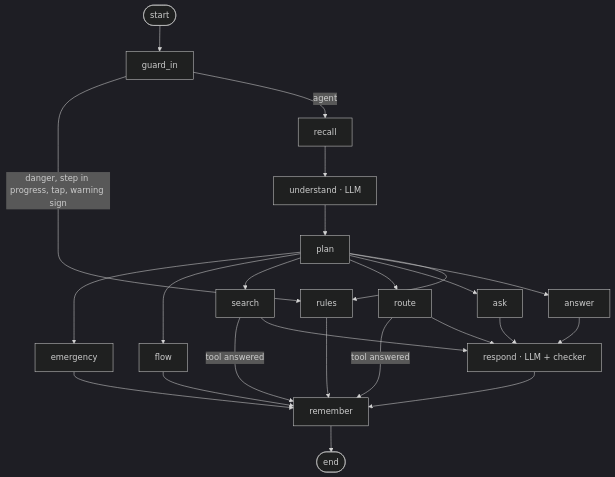
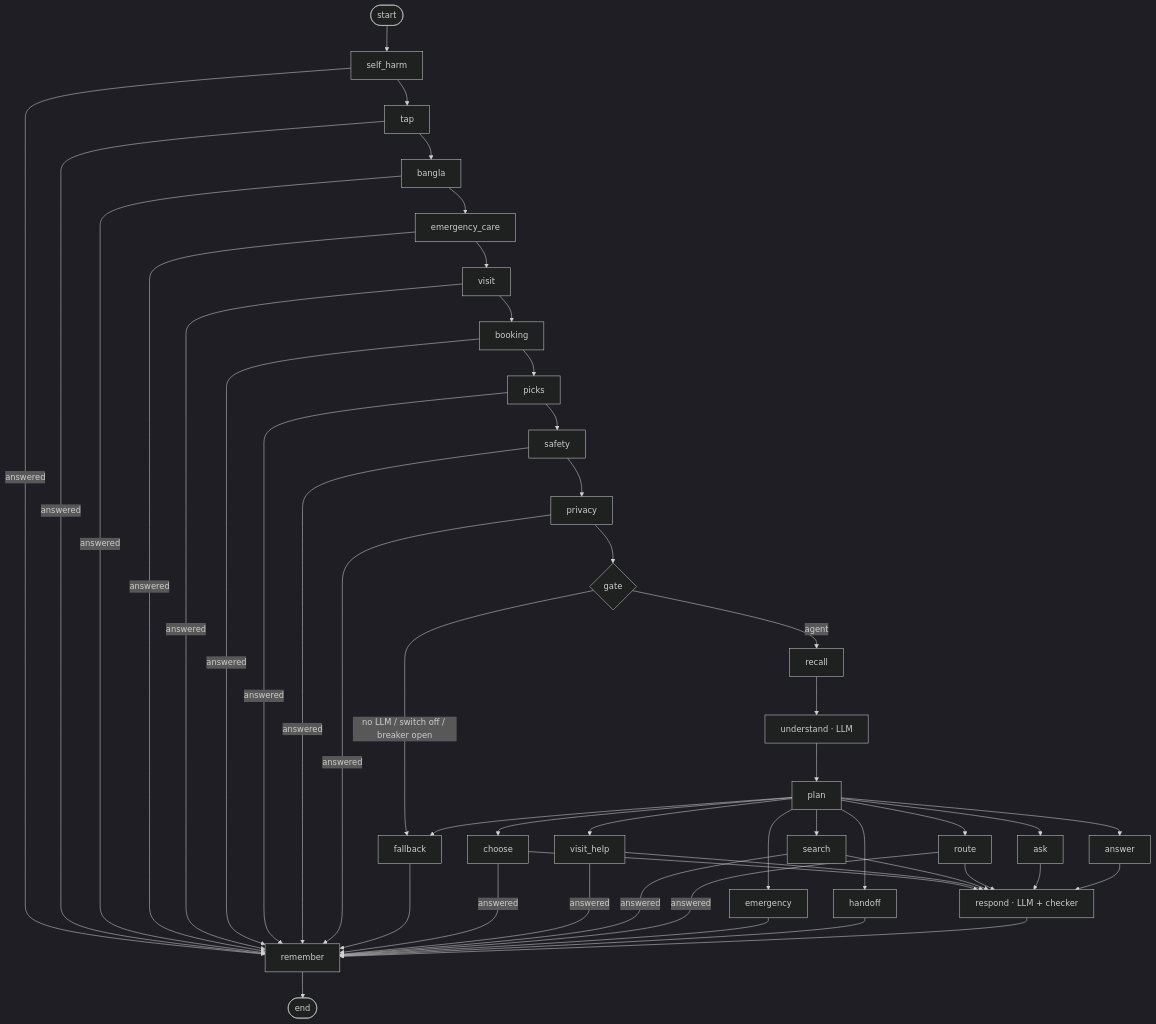
The diagram in docs/vita_graph.md (Nexeagle-HealthCareAI/1HMS-NLP-Router), drawn with Mermaid (dark theme) before and after one commit. The commit also changed other lines of this file and 52 other files, not shown here.

````diff
--- a/docs/vita_graph.md
+++ b/docs/vita_graph.md
@@ -8,17 +11,14 @@
 ```mermaid
 flowchart TD
-  S([start]) --> G[guard_in]
-  G -- danger, step in progress, tap, warning sign --> RU[rules]
+  S([start]) --> SH[self_harm] --> T[tap] --> B[bangla] --> EC[emergency_care] --> V[visit] --> BK[booking]
+  BK --> PK[picks] --> SF[safety] --> PR[privacy] --> G{gate}
+  SH & T & B & EC & V & BK & PK & SF & PR -- answered --> M[remember]
+  G -- no LLM / switch off / breaker open --> FB[fallback] --> M
   G -- agent --> RC[recall] --> U[understand · LLM] --> P[plan]
-  P --> E[emergency] & F[flow] & SE[search] & RO[route] & A[ask] & AN[answer] & RU
-  SE -- tool answered --> M
-  RO -- tool answered --> M
-  SE --> R[respond · LLM + checker]
-  RO --> R
-  A --> R
-  AN --> R
-  E --> M[remember]
-  F --> M
-  RU --> M
+  P --> E[emergency] & H[handoff] & C[choose] & VH[visit_help] & SE[search] & RO[route] & A[ask] & AN[answer] & FB
+  C & VH & SE & RO -- answered --> M
+  C & VH & SE & RO --> R[respond · LLM + checker]
+  A & AN --> R
+  E & H --> M
   R --> M --> X([end])
 ```
````
